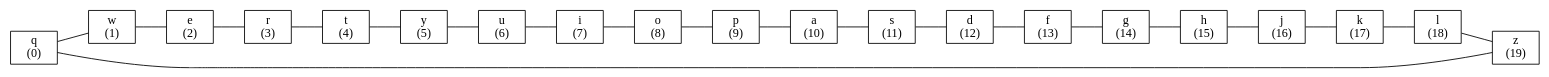
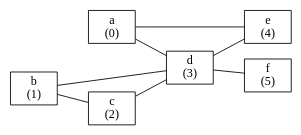
One commit to kit11920/vuz changed the diagram in sem3/tisd/lab_8/graph/graph.gv. Above: the diagram before and after it, drawn with Graphviz. The commit also changed 2 other files, not shown here.

```diff
--- a/sem3/tisd/lab_8/graph/graph.gv
+++ b/sem3/tisd/lab_8/graph/graph.gv
@@ -1,24 +1,11 @@
 graph graph_ {
 rankdir=LR;
 node [shape = box];
-"q\n(0)" -- "w\n(1)";
-"q\n(0)" -- "z\n(19)";
-"w\n(1)" -- "e\n(2)";
-"e\n(2)" -- "r\n(3)";
-"r\n(3)" -- "t\n(4)";
-"t\n(4)" -- "y\n(5)";
-"y\n(5)" -- "u\n(6)";
-"u\n(6)" -- "i\n(7)";
-"i\n(7)" -- "o\n(8)";
-"o\n(8)" -- "p\n(9)";
-"p\n(9)" -- "a\n(10)";
-"a\n(10)" -- "s\n(11)";
-"s\n(11)" -- "d\n(12)";
-"d\n(12)" -- "f\n(13)";
-"f\n(13)" -- "g\n(14)";
-"g\n(14)" -- "h\n(15)";
-"h\n(15)" -- "j\n(16)";
-"j\n(16)" -- "k\n(17)";
-"k\n(17)" -- "l\n(18)";
-"l\n(18)" -- "z\n(19)";
+"a\n(0)" -- "d\n(3)";
+"a\n(0)" -- "e\n(4)";
+"b\n(1)" -- "c\n(2)";
+"b\n(1)" -- "d\n(3)";
+"c\n(2)" -- "d\n(3)";
+"d\n(3)" -- "e\n(4)";
+"d\n(3)" -- "f\n(5)";
 }
```
